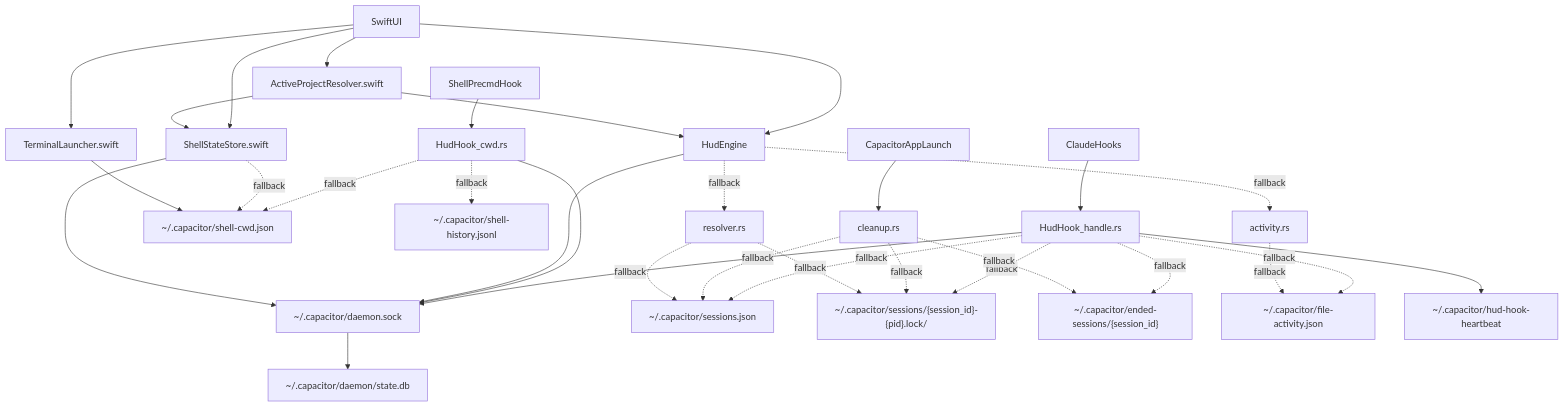
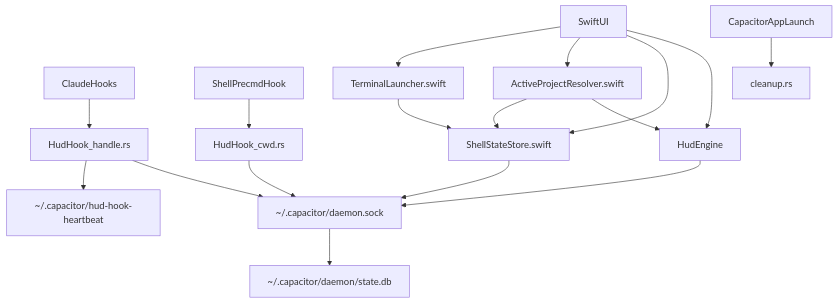
Before and after one commit to petekp/claude-hud: the first of 6 diagrams in .claude/docs/audit/00-current-system-map.md, drawn with Mermaid. The commit also changed other lines of this file and 71 other files, not shown here.

````diff
--- a/.claude/docs/audit/00-current-system-map.md
+++ b/.claude/docs/audit/00-current-system-map.md
@@ -42,44 +43,26 @@
 ```mermaid
 flowchart TD
     ClaudeHooks[ClaudeHooks] --> HudHookHandle[HudHook_handle.rs]
     ShellPrecmd[ShellPrecmdHook] --> HudHookCwd[HudHook_cwd.rs]
 
     HudHookHandle --> DaemonSock["~/.capacitor/daemon.sock"]
     HudHookCwd --> DaemonSock
 
     DaemonSock --> DaemonState["~/.capacitor/daemon/state.db"]
 
-    HudHookHandle -.fallback.-> SessionsJson["~/.capacitor/sessions.json"]
-    HudHookHandle -.fallback.-> Locks["~/.capacitor/sessions/{session_id}-{pid}.lock/"]
-    HudHookHandle -.fallback.-> Tombstones["~/.capacitor/ended-sessions/{session_id}"]
-    HudHookHandle -.fallback.-> FileActivity["~/.capacitor/file-activity.json"]
     HudHookHandle --> Heartbeat["~/.capacitor/hud-hook-heartbeat"]
 
-    HudHookCwd -.fallback.-> ShellCwd["~/.capacitor/shell-cwd.json"]
-    HudHookCwd -.fallback.-> ShellHistory["~/.capacitor/shell-history.jsonl"]
-
     AppLaunch[CapacitorAppLaunch] --> StartupCleanup[cleanup.rs]
-    StartupCleanup -.fallback.-> Locks
-    StartupCleanup -.fallback.-> SessionsJson
-    StartupCleanup -.fallback.-> Tombstones
 
     SwiftUI[SwiftUI] --> HudEngine[HudEngine]
     HudEngine --> DaemonSock
-    HudEngine -.fallback.-> Resolver[resolver.rs]
-    Resolver -.fallback.-> Locks
-    Resolver -.fallback.-> SessionsJson
-
-    HudEngine -.fallback.-> ActivityStore[activity.rs]
-    ActivityStore -.fallback.-> FileActivity
-
     SwiftUI --> ShellStateStore[ShellStateStore.swift]
     ShellStateStore --> DaemonSock
-    ShellStateStore -.fallback.-> ShellCwd
 
     SwiftUI --> ActiveResolver[ActiveProjectResolver.swift]
     ActiveResolver --> HudEngine
     ActiveResolver --> ShellStateStore
 
     SwiftUI --> TerminalLauncher[TerminalLauncher.swift]
-    TerminalLauncher --> ShellCwd
+    TerminalLauncher --> ShellStateStore
 ```
````
